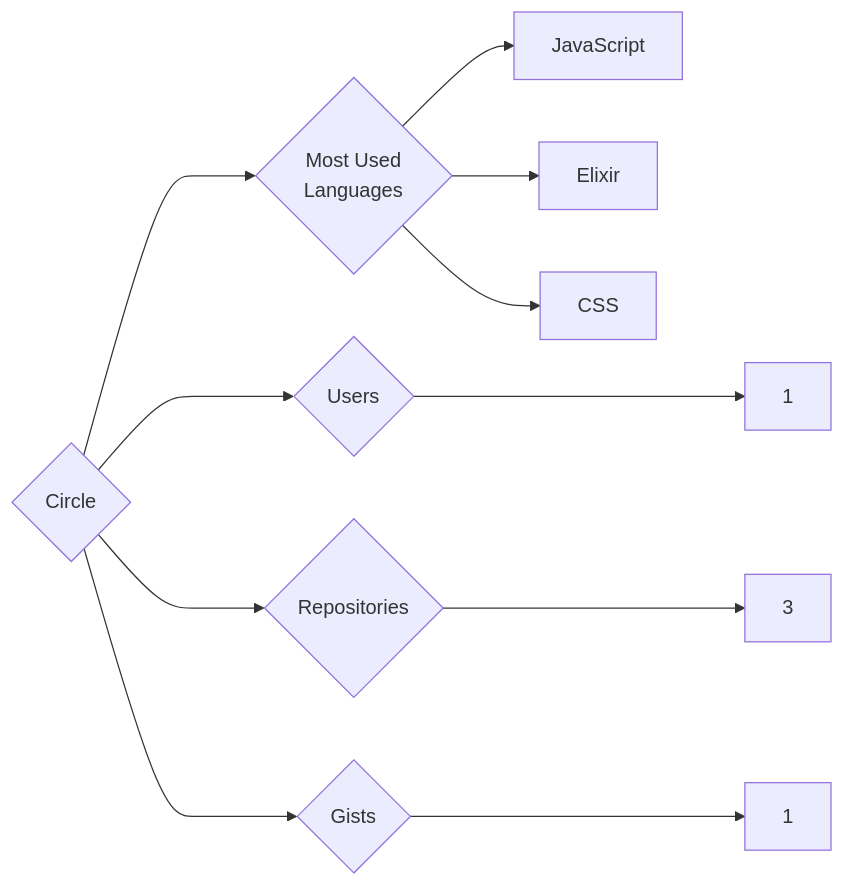
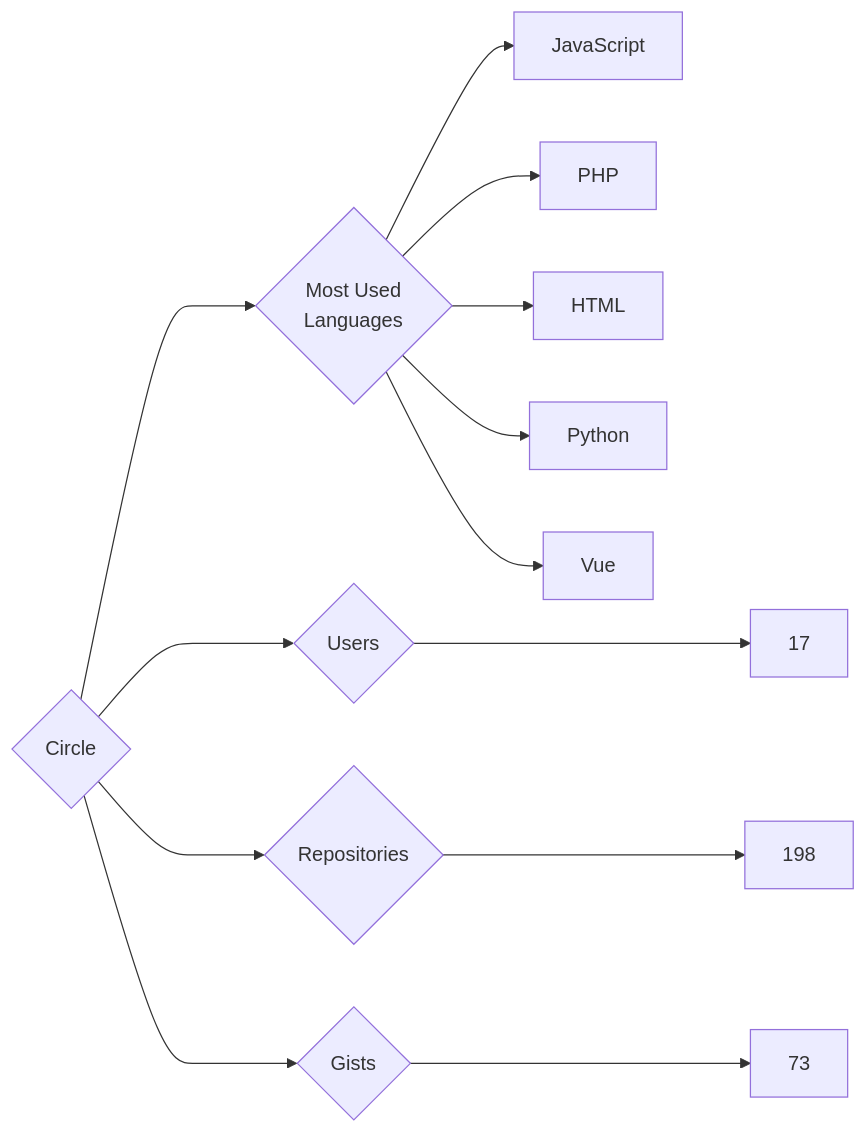
Before and after one commit to trickest/insiders: the diagram in targets/Circle/README.md, drawn with Mermaid. The commit also changed 809 other files, not shown here.

````diff
--- a/targets/Circle/README.md
+++ b/targets/Circle/README.md
@@ -3,11 +3,13 @@
 ```mermaid
 graph LR
 COMPANY_NAME{Circle}
-COMPANY_NAME ---> U{Users} ---> UN[1]
-COMPANY_NAME ---> R{Repositories} ---> RN[3]
-COMPANY_NAME ---> G{Gists} ---> GN[1]
+COMPANY_NAME ---> U{Users} ---> UN[17]
+COMPANY_NAME ---> R{Repositories} ---> RN[198]
+COMPANY_NAME ---> G{Gists} ---> GN[73]
 COMPANY_NAME ---> ML{Most Used<br>Languages}
 ML --> JavaScript[JavaScript]
-ML --> Elixir[Elixir]
-ML --> CSS[CSS]
+ML --> PHP[PHP]
+ML --> HTML[HTML]
+ML --> Python[Python]
+ML --> Vue[Vue]
 ```
````
